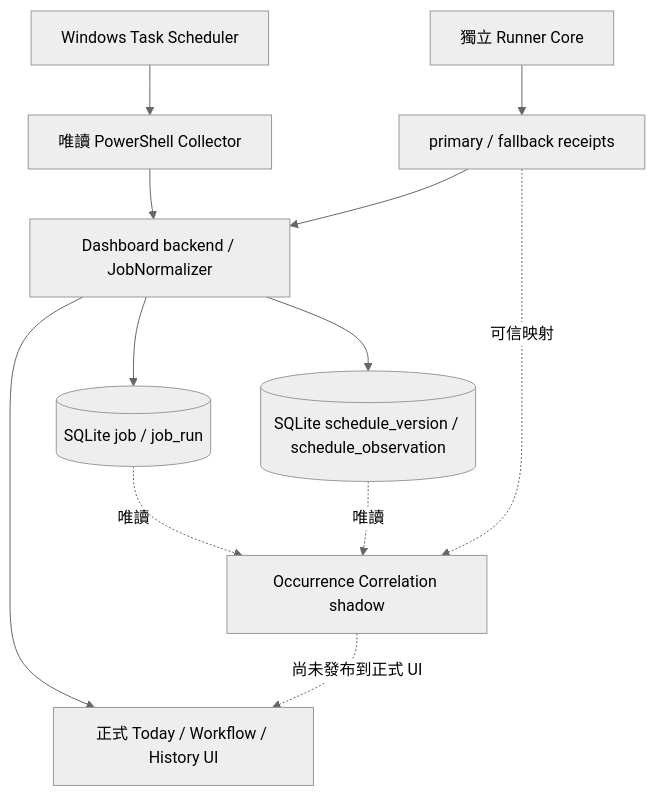
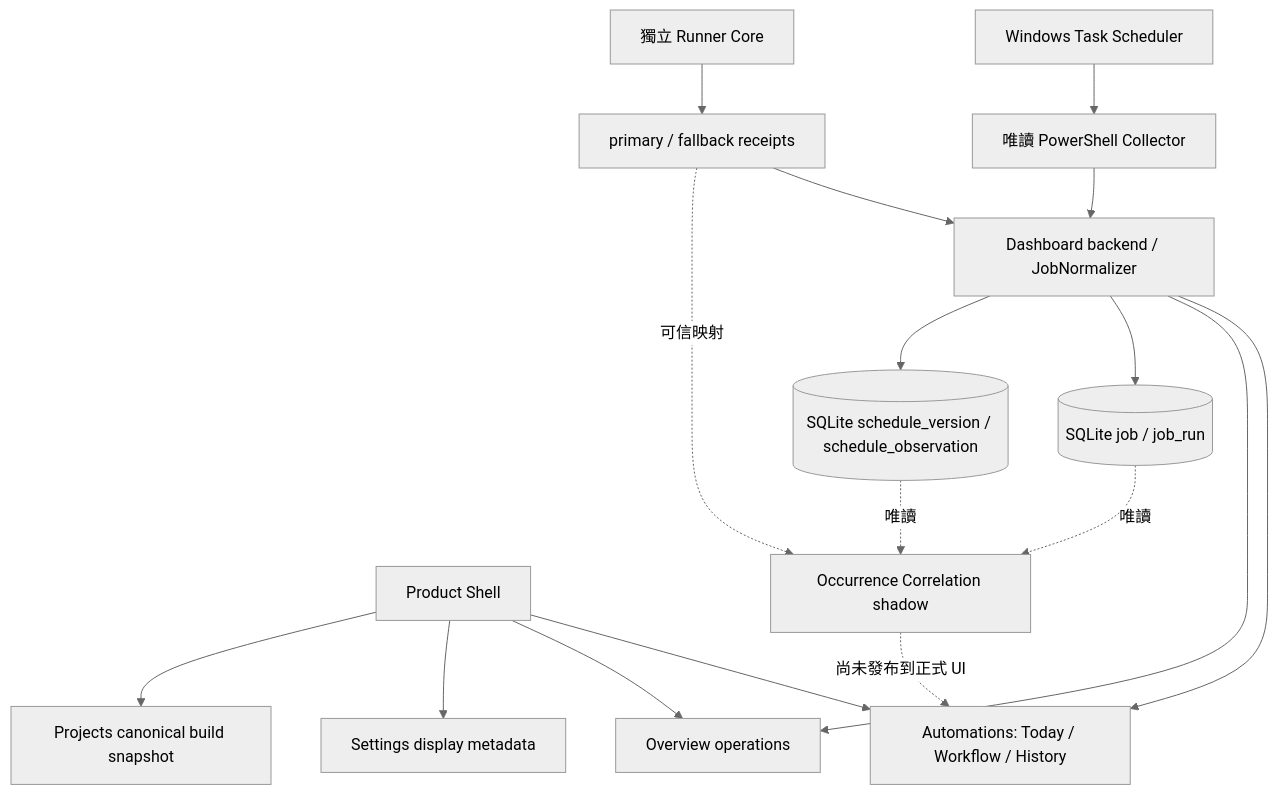
The diagram in docs/PROJECT-DESIGN.md (Neil1031/local-dashboard), drawn with Mermaid (neutral theme) before and after one commit. The commit also changed other lines of this file and 29 other files, not shown here.

Commit message:
Add nine-page product shell and evidence-backed operations overview

````diff
--- a/docs/PROJECT-DESIGN.md
+++ b/docs/PROJECT-DESIGN.md
@@ -64,14 +64,19 @@
 ```mermaid
 flowchart TD
   WS[Windows Task Scheduler] --> COL[唯讀 PowerShell Collector]
   COL --> BE[Dashboard backend / JobNormalizer]
-  BE --> UI[正式 Today / Workflow / History UI]
+  BE --> UI[Automations: Today / Workflow / History]
+  BE --> OV[Overview operations]
+  PS[Product Shell] --> UI
+  PS --> OV
+  PS --> SET[Settings display metadata]
+  PS --> PV[Projects canonical build snapshot]
   BE --> HI[(SQLite job / job_run)]
   BE --> SH[(SQLite schedule_version / schedule_observation)]
   RC[獨立 Runner Core] --> RF[primary / fallback receipts]
   RF --> BE
   HI -.唯讀.-> CO[Occurrence Correlation shadow]
   SH -.唯讀.-> CO
   RF -.可信映射.-> CO
   CO -.尚未發布到正式 UI.-> UI
 ```
````
